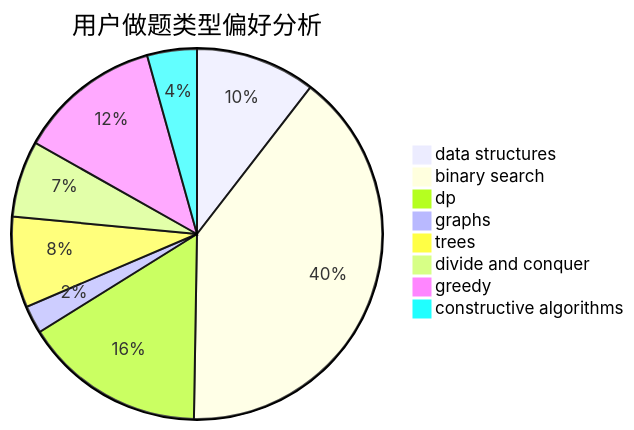
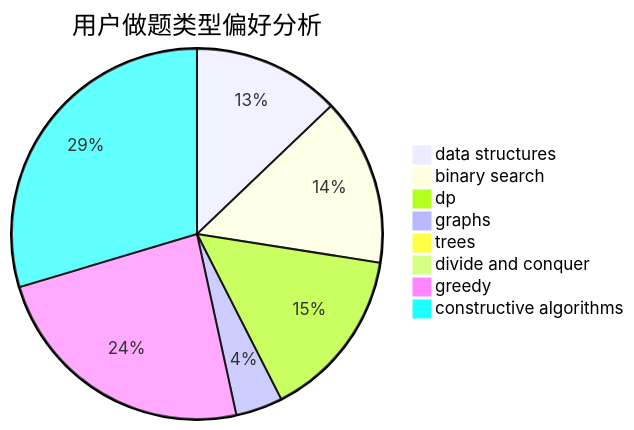
The second of 3 diagrams in docs/user/u1202.md (sherpahu/cfrs.github.io), drawn with Mermaid before and after one commit. The commit also changed other lines of this file and 2770 other files, not shown here.

````diff
--- a/docs/user/u1202.md
+++ b/docs/user/u1202.md
@@ -23,11 +23,11 @@
 ```mermaid
 pie title 用户做题类型偏好分析
-    "data structures" :  99
-    "binary search" :  376
-    "dp" :  150
-    "graphs" :  23
-    "trees" :  75
-    "divide and conquer" :  63
-    "greedy" :  118
-    "constructive algorithms" :  41
+    "data structures" :  66
+    "binary search" :  75
+    "dp" :  77
+    "graphs" :  21
+    "trees" :  5
+    "divide and conquer" :  0
+    "greedy" :  122
+    "constructive algorithms" :  152
 ```
````
